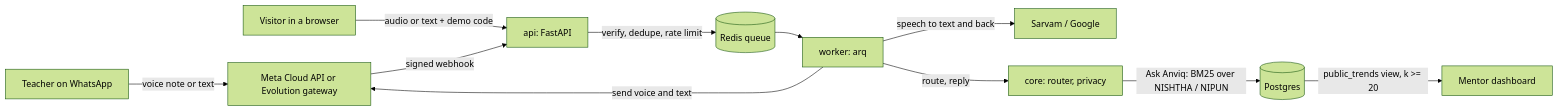
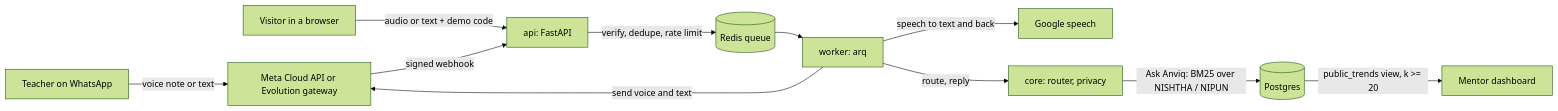
The diagram in README.md (DisturbedSage5840C/Anviq), drawn with Mermaid (forest theme) before and after one commit. The commit also changed other lines of this file and 1 other file, not shown here.

Commit message:
docs: describe the Google speech demo and no-cash cost in README and completion report

````diff
--- a/README.md
+++ b/README.md
@@ -42,13 +42,13 @@
 ```mermaid
 flowchart LR
     T[Teacher on WhatsApp] -->|voice note or text| M[Meta Cloud API or Evolution gateway]
     V[Visitor in a browser] -->|audio or text + demo code| API
     M -->|signed webhook| API[api: FastAPI]
     API -->|verify, dedupe, rate limit| Q[(Redis queue)]
     Q --> W[worker: arq]
-    W -->|speech to text and back| S[Sarvam / Google]
+    W -->|speech to text and back| S[Google speech]
     W -->|route, reply| C[core: router, privacy]
     W -->|send voice and text| M
     C -->|Ask Anviq: BM25 over NISHTHA / NIPUN| DB[(Postgres)]
     DB -->|public_trends view, k >= 20| D[Mentor dashboard]
 ```
````
